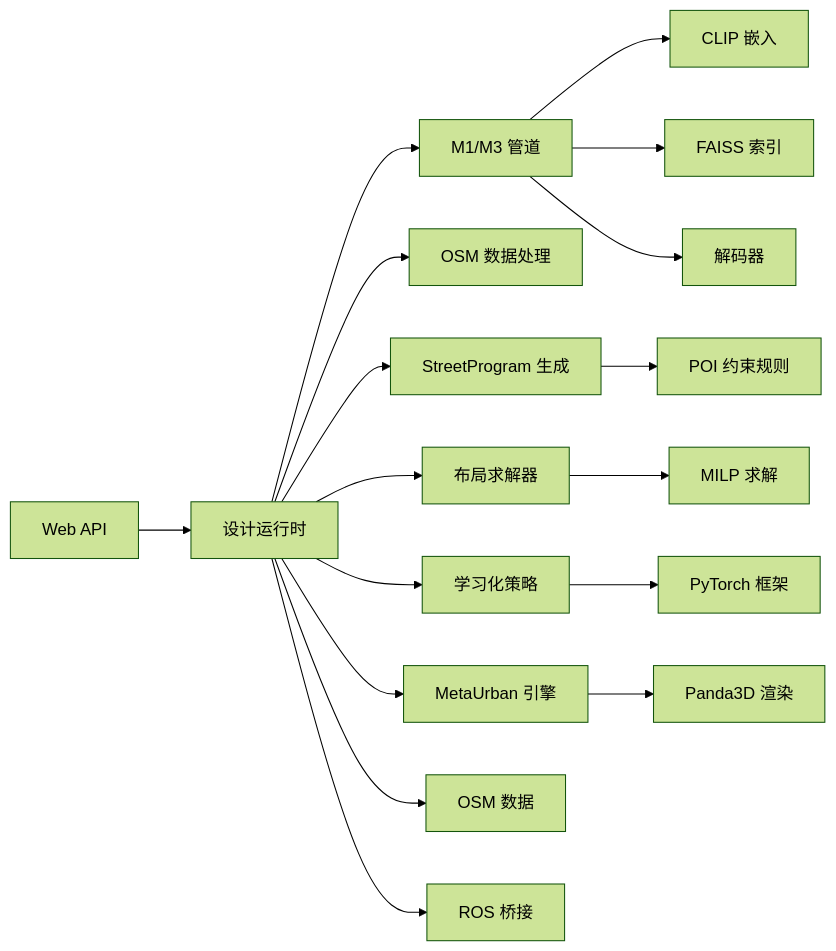
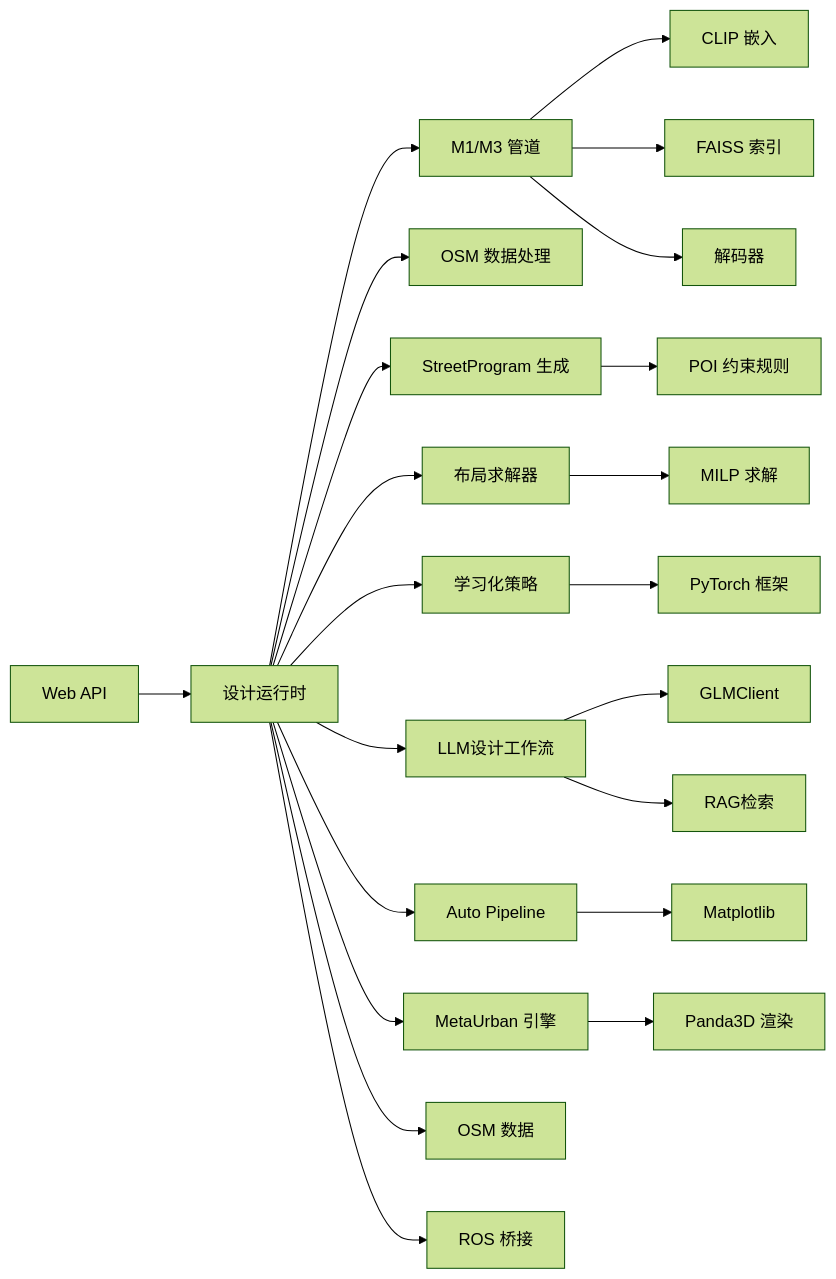
Before and after one commit to wsqstar/RoadGen3D: diagram 18 of 19 in .qoder/repowiki/zh/content/系统架构/系统架构.md, drawn with Mermaid (forest theme). The commit also changed other lines of this file and 8 other files, not shown here.

First line of the commit message:
feat(docs): update architecture docs with Auto Scene Pipeline and API details

````diff
--- a/.qoder/repowiki/zh/content/系统架构/系统架构.md
+++ b/.qoder/repowiki/zh/content/系统架构/系统架构.md
@@ -672,19 +869,24 @@
 ```mermaid
 graph LR
 API["Web API"] --> Design["设计运行时"]
 Design --> Pipeline["M1/M3 管道"]
 Design --> OSM["OSM 数据处理"]
 Design --> Program["StreetProgram 生成"]
 Design --> Solver["布局求解器"]
 Design --> Policy["学习化策略"]
+Design --> Workflow["LLM设计工作流"]
+Design --> AutoPipe["Auto Pipeline"]
 Pipeline --> CLIP["CLIP 嵌入"]
 Pipeline --> FAISS["FAISS 索引"]
 Pipeline --> Decoder["解码器"]
 Program --> POI["POI 约束规则"]
 Solver --> MILP["MILP 求解"]
 Policy --> Torch["PyTorch 框架"]
+Workflow --> GLM["GLMClient"]
+Workflow --> RAG["RAG检索"]
+AutoPipe --> MPL["Matplotlib"]
 Design --> Engine["MetaUrban 引擎"]
 Engine --> Panda3D["Panda3D 渲染"]
 Design --> OSMData["OSM 数据"]
 Design --> ROS["ROS 桥接"]
 ```
````
